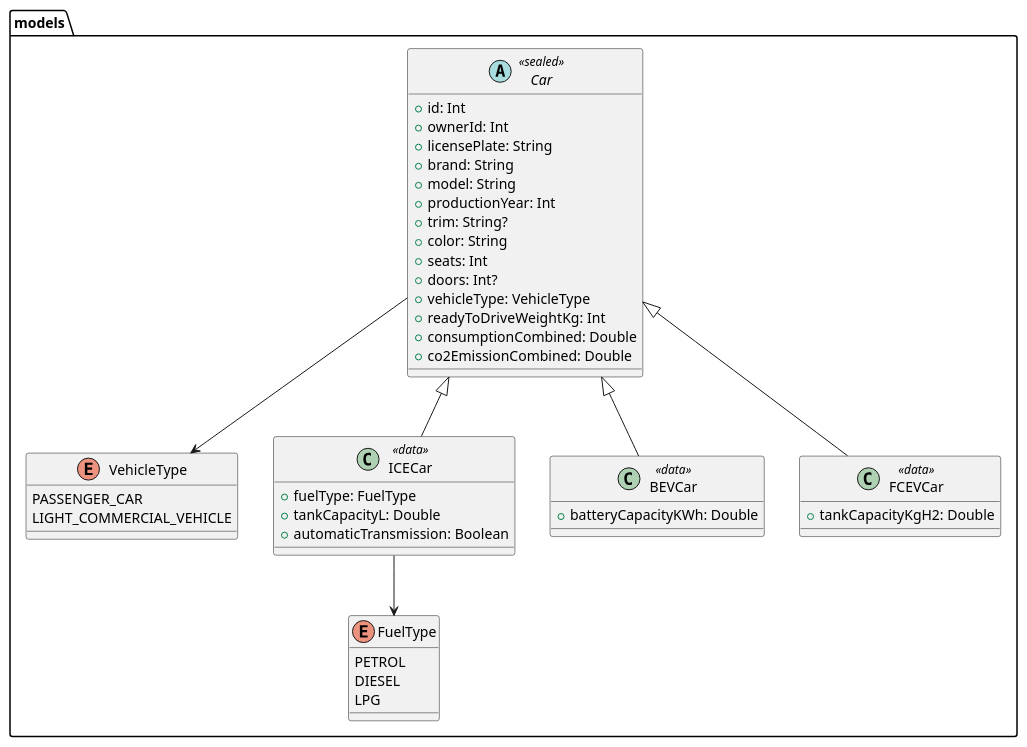
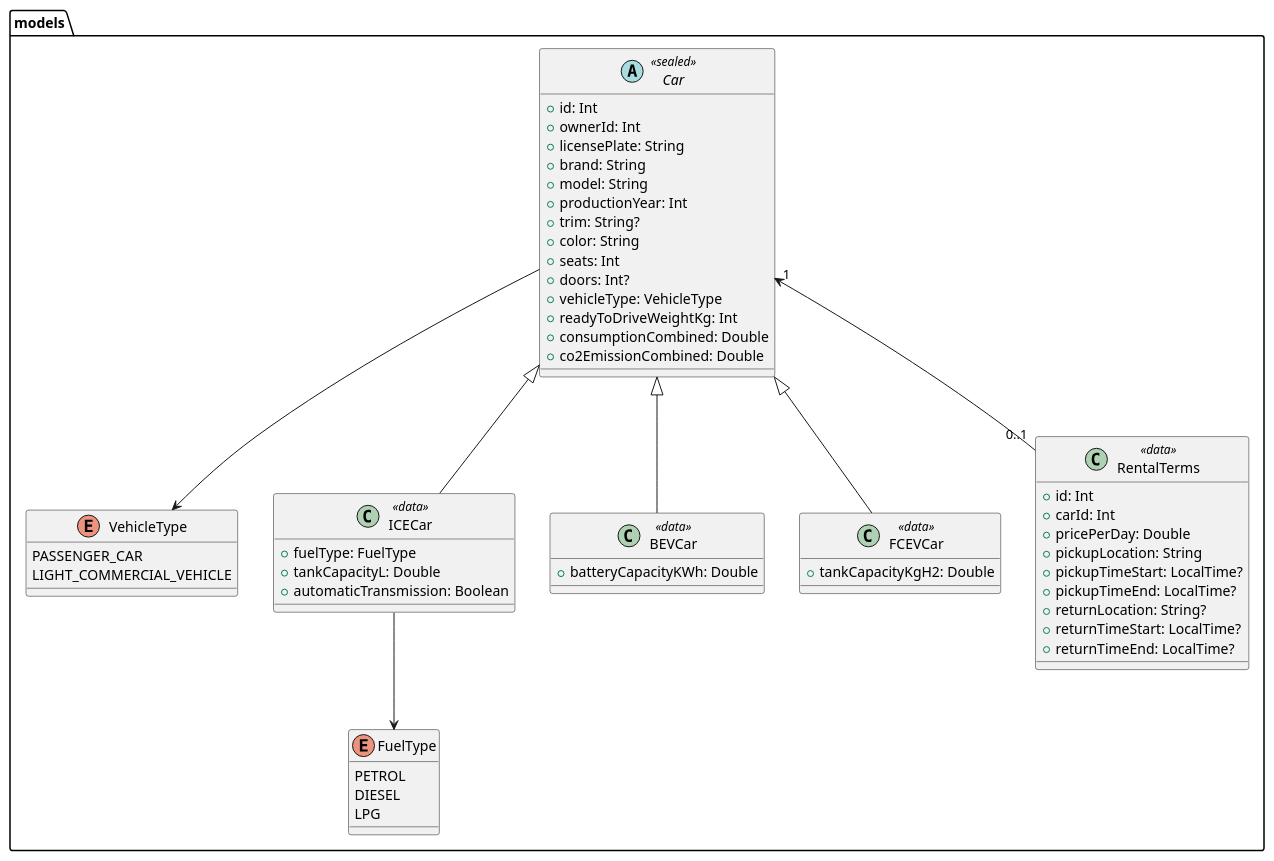
Before and after one commit to MarkPrins18/hbo-leerjaar2: the diagram in diagrams/models/CarDataModel.puml, drawn with PlantUML. The commit also changed 6 other files, not shown here.

Commit message:
Added the rental terms data model. (#23)

```diff
--- a/diagrams/models/CarDataModel.puml
+++ b/diagrams/models/CarDataModel.puml
@@ -1,55 +1,69 @@
 @startuml CarDataModel
 
 package models {
 
     enum FuelType {
         PETROL
         DIESEL
         LPG
     }
 
     enum VehicleType {
         PASSENGER_CAR
         LIGHT_COMMERCIAL_VEHICLE
     }
 
     abstract class Car <<sealed>> {
         +id: Int
         +ownerId: Int
         +licensePlate: String
         +brand: String
         +model: String
         +productionYear: Int
         +trim: String?
         +color: String
         +seats: Int
         +doors: Int?
         +vehicleType: VehicleType
         +readyToDriveWeightKg: Int
         +consumptionCombined: Double
         +co2EmissionCombined: Double
     }
 
     class ICECar <<data>> {
         +fuelType: FuelType
         +tankCapacityL: Double
         +automaticTransmission: Boolean
     }
 
     class BEVCar <<data>> {
         +batteryCapacityKWh: Double
     }
 
     class FCEVCar <<data>> {
         +tankCapacityKgH2: Double
     }
 
+    class RentalTerms <<data>> {
+        +id: Int
+        +carId: Int
+        +pricePerDay: Double
+        +pickupLocation: String
+        +pickupTimeStart: LocalTime?
+        +pickupTimeEnd: LocalTime?
+        +returnLocation: String?
+        +returnTimeStart: LocalTime?
+        +returnTimeEnd: LocalTime?
+    }
+
+    Car "1" <-- "0..1" RentalTerms
+
     Car <|-- ICECar
     Car <|-- BEVCar
     Car <|-- FCEVCar
 
     Car --> VehicleType
     ICECar --> FuelType
 }
 
 @enduml
```
